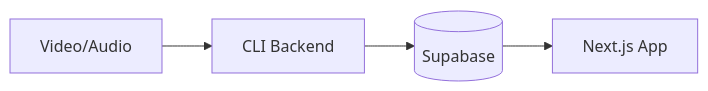
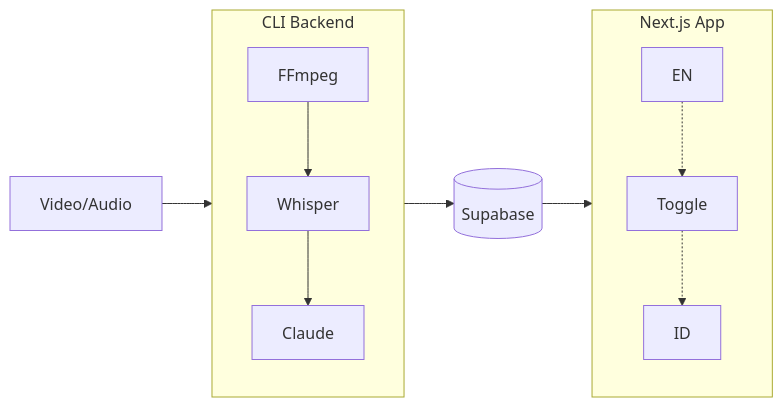
The diagram in README.md (ad17-2/catatan-firman), drawn with Mermaid before and after one commit. The commit also changed other lines of this file, not shown here.

````diff
--- a/README.md
+++ b/README.md
@@ -12,6 +12,16 @@
 ```mermaid
 flowchart LR
     A[Video/Audio] --> B[CLI Backend]
     B --> C[(Supabase)]
     C --> D[Next.js App]
+
+    subgraph B[CLI Backend]
+        B1[FFmpeg] --> B2[Whisper]
+        B2 --> B3[Claude]
+    end
+
+    subgraph D[Next.js App]
+        D1[EN] -.-> D2[Toggle]
+        D2 -.-> D3[ID]
+    end
 ```
````
